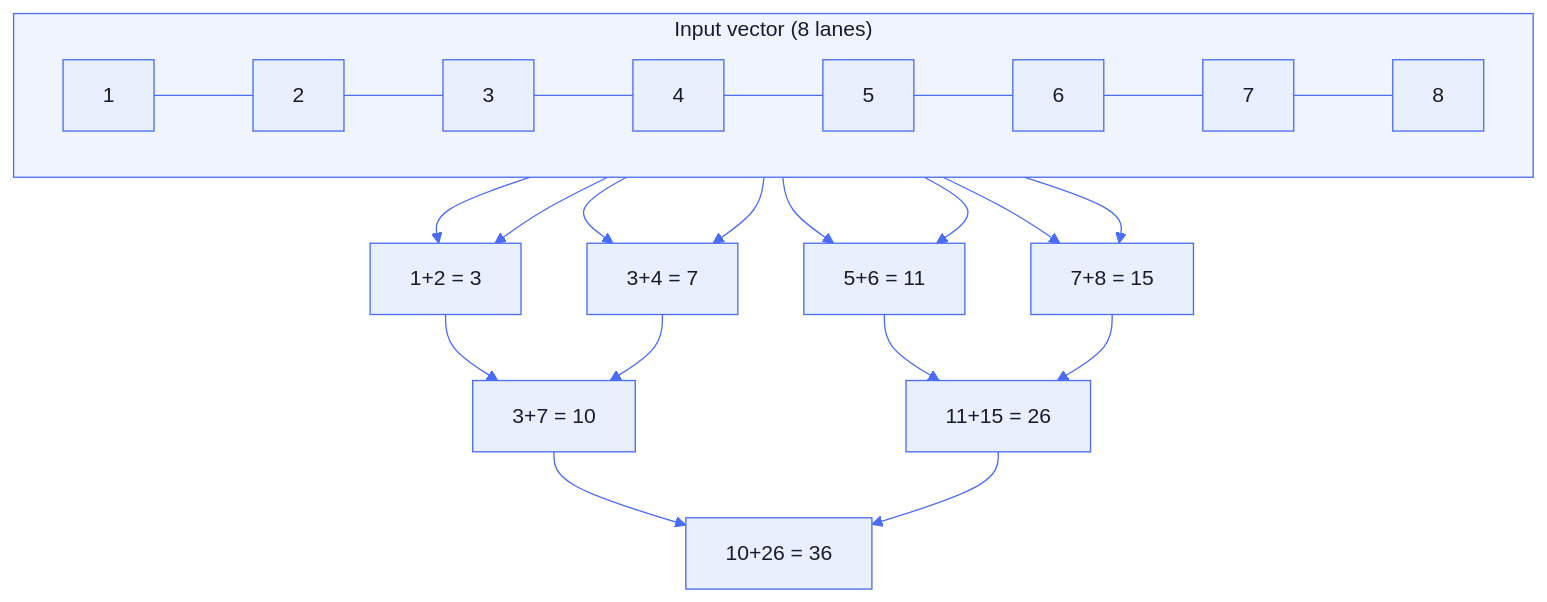
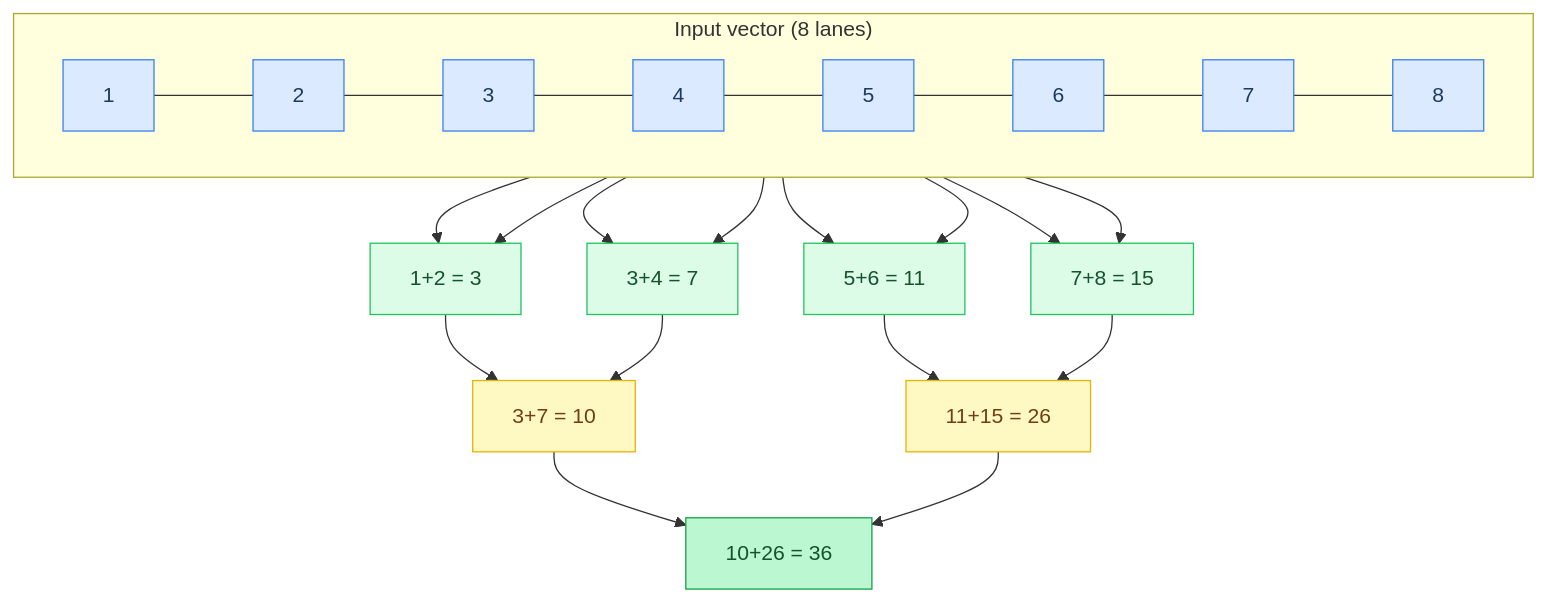
The second of 8 diagrams in docs/tutorial/09-cpu-simd-optimization.md (maci0/agave), drawn with Mermaid before and after one commit. The commit also changed other lines of this file and 24 other files, not shown here.

First line of the commit message:
docs: convert all mermaid diagrams to classDef semantic colors

````diff
--- a/docs/tutorial/09-cpu-simd-optimization.md
+++ b/docs/tutorial/09-cpu-simd-optimization.md
@@ -101,32 +94,29 @@
 ```mermaid
-%%{init: {'theme': 'base', 'themeVariables': {
-  'primaryColor': '#e8f0fe',
-  'primaryTextColor': '#1a1a2e',
-  'primaryBorderColor': '#4a6cf7',
-  'lineColor': '#4a6cf7',
-  'secondaryColor': '#f0f4ff',
-  'tertiaryColor': '#f8f9ff',
-  'edgeLabelBackground': '#ffffff',
-  'clusterBkg': '#f0f4ff',
-  'clusterBorder': '#4a6cf7',
-  'titleColor': '#1a1a2e',
-  'nodeTextColor': '#1a1a2e',
-  'fontFamily': 'ui-monospace, SFMono-Regular, monospace'
-}}}%%
 flowchart TD
+    classDef setup     fill:#dbeafe,stroke:#3b82f6,color:#1e3a5f
+    classDef sync      fill:#dcfce7,stroke:#22c55e,color:#14532d
+    classDef migration fill:#fef9c3,stroke:#eab308,color:#713f12
+    classDef success   fill:#bbf7d0,stroke:#16a34a,color:#14532d
+    classDef danger    fill:#fee2e2,stroke:#ef4444,color:#7f1d1d
+    classDef optional  fill:#f3e8ff,stroke:#9333ea,color:#581c87
+
     subgraph Input["Input vector (8 lanes)"]
         direction LR
-        v1["1"] --- v2["2"] --- v3["3"] --- v4["4"] --- v5["5"] --- v6["6"] --- v7["7"] --- v8["8"]
+        v1["1"]:::setup --- v2["2"]:::setup --- v3["3"]:::setup --- v4["4"]:::setup --- v5["5"]:::setup --- v6["6"]:::setup --- v7["7"]:::setup --- v8["8"]:::setup
     end
-    p1["1+2 = 3"] & p2["3+4 = 7"] & p3["5+6 = 11"] & p4["7+8 = 15"]
-    q1["3+7 = 10"] & q2["11+15 = 26"]
-    total["10+26 = 36"]
+    p1["1+2 = 3"]:::sync
+    p2["3+4 = 7"]:::sync
+    p3["5+6 = 11"]:::sync
+    p4["7+8 = 15"]:::sync
+    q1["3+7 = 10"]:::migration
+    q2["11+15 = 26"]:::migration
+    total["10+26 = 36"]:::success
 
     v1 & v2 --> p1
     v3 & v4 --> p2
     v5 & v6 --> p3
     v7 & v8 --> p4
     p1 & p2 --> q1
     p3 & p4 --> q2
     q1 & q2 --> total
 ```
````
